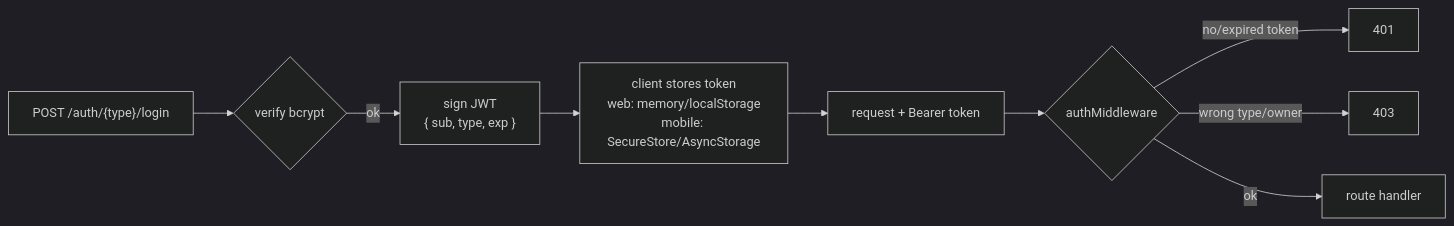
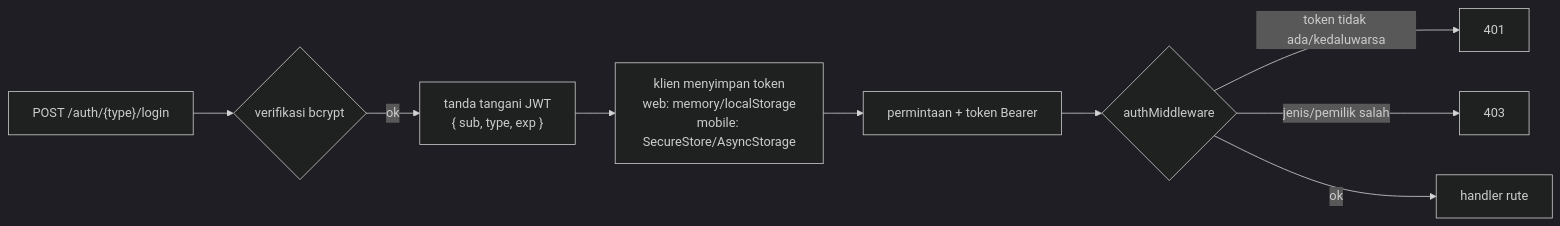
One commit to andreasarnol02/platform-lab-final-project changed the fourth of 5 diagrams in docs/technical-requirements.md. Above: the diagram before and after it, drawn with Mermaid (dark theme). The commit also changed other lines of this file and 5 other files, not shown here.

````diff
--- a/docs/technical-requirements.md
+++ b/docs/technical-requirements.md
@@ -309,11 +309,11 @@
 ```mermaid
 flowchart LR
-    L["POST /auth/{type}/login"] --> V{verify bcrypt}
-    V -- ok --> J["sign JWT<br/>{ sub, type, exp }"]
-    J --> C["client stores token<br/>web: memory/localStorage<br/>mobile: SecureStore/AsyncStorage"]
-    C --> R["request + Bearer token"]
+    L["POST /auth/{type}/login"] --> V{verifikasi bcrypt}
+    V -- ok --> J["tanda tangani JWT<br/>{ sub, type, exp }"]
+    J --> C["klien menyimpan token<br/>web: memory/localStorage<br/>mobile: SecureStore/AsyncStorage"]
+    C --> R["permintaan + token Bearer"]
     R --> M{authMiddleware}
-    M -- "no/expired token" --> E401[401]
-    M -- "wrong type/owner" --> E403[403]
-    M -- ok --> H[route handler]
+    M -- "token tidak ada/kedaluwarsa" --> E401[401]
+    M -- "jenis/pemilik salah" --> E403[403]
+    M -- ok --> H[handler rute]
 ```
````
